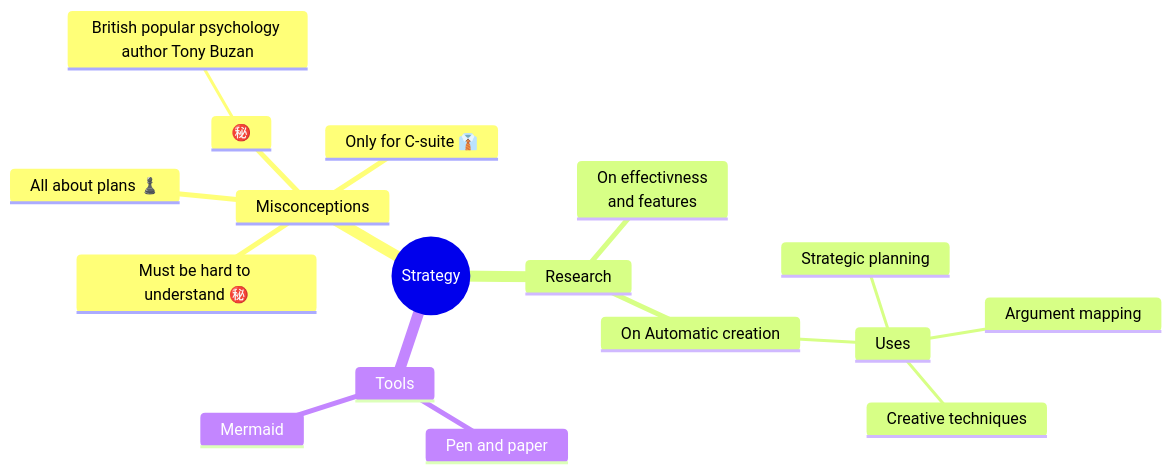
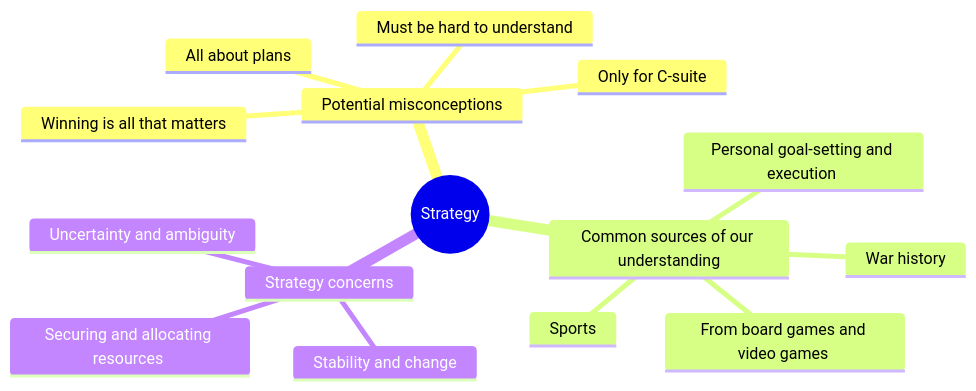
The diagram in _topics/overview.md (businesspolicy/businesspolicy.github.io), drawn with Mermaid before and after one commit. The commit also changed other lines of this file, not shown here.

Commit message:
Add intro to strategy

````diff
--- a/_topics/overview.md
+++ b/_topics/overview.md
@@ -21,20 +8,18 @@
 ```mermaid
 mindmap
   root((Strategy))
-    Misconceptions
-      Only for C-suite 👔
-      All about plans ♟️
-      Must be hard to understand ㊙️
-      ㊙️
-        British popular psychology author Tony Buzan
-    Research
-      On effectivness<br/>and features
-      On Automatic creation
-        Uses
-            Creative techniques
-            Strategic planning
-            Argument mapping
-    Tools
-      Pen and paper
-      Mermaid
+    Potential misconceptions
+      Only for C-suite 
+      All about plans  
+      Must be hard to understand 
+      Winning is all that matters 
+    Common sources of our understanding
+      From board games and video games 
+      Sports 
+      Personal goal-setting and execution 
+      War history 
+    Strategy concerns
+      Uncertainty and ambiguity 
+      Securing and allocating resources 
+      Stability and change 
 ```
````
